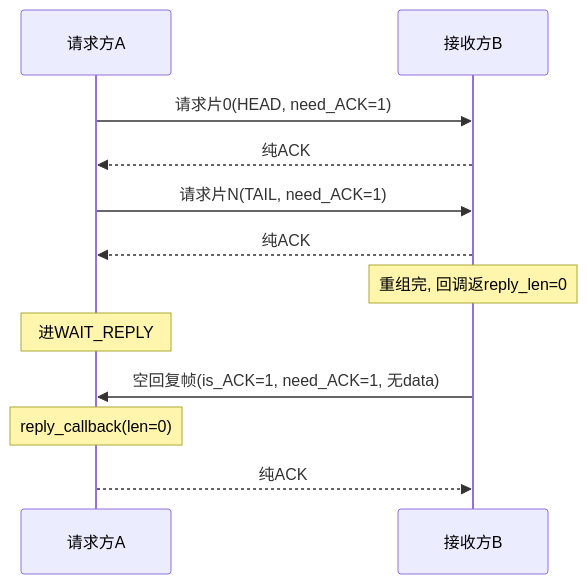
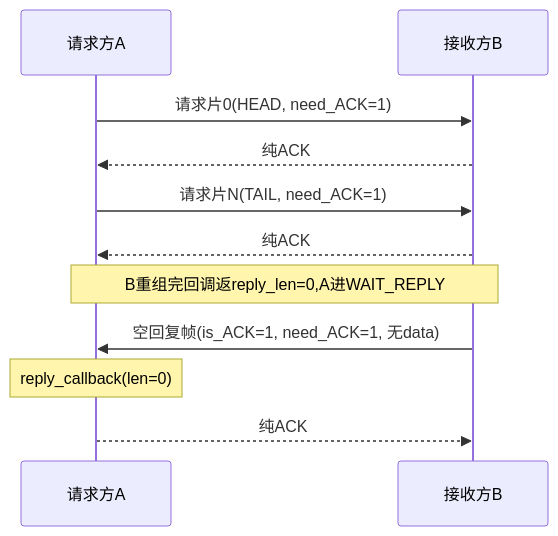
One commit to Siaiai/ObsidianNote changed the fourth of 13 diagrams in 工作/项目/代码/260401S3分拣面板-SIA-R9000P.md. Above: the diagram before and after it, drawn with Mermaid. The commit also changed other lines of this file, not shown here.

````diff
--- a/工作/项目/代码/260401S3分拣面板-SIA-R9000P.md
+++ b/工作/项目/代码/260401S3分拣面板-SIA-R9000P.md
@@ -111,14 +110,13 @@
 ```mermaid
 sequenceDiagram
     participant A as 请求方A
     participant B as 接收方B
     A->>B: 请求片0(HEAD, need_ACK=1)
     B-->>A: 纯ACK
     A->>B: 请求片N(TAIL, need_ACK=1)
     B-->>A: 纯ACK
-    Note over B: 重组完, 回调返reply_len=0
-    Note over A: 进WAIT_REPLY
+    Note over A,B: B重组完回调返reply_len=0,A进WAIT_REPLY
     B->>A: 空回复帧(is_ACK=1, need_ACK=1, 无data)
     Note over A: reply_callback(len=0)
     A-->>B: 纯ACK
 ```
````
